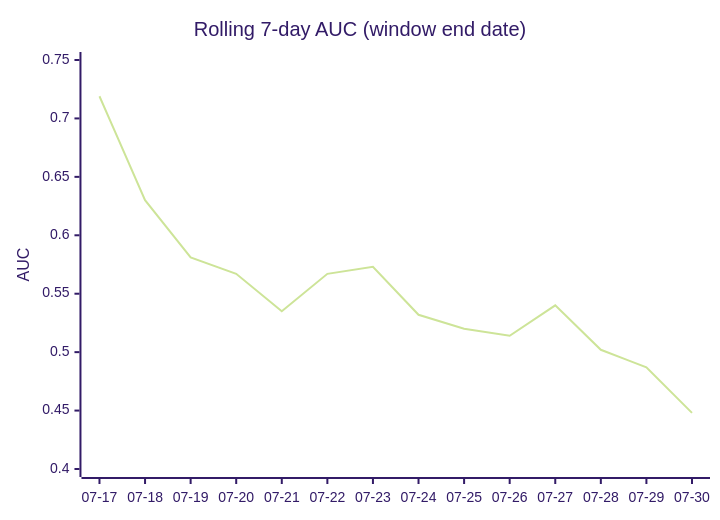
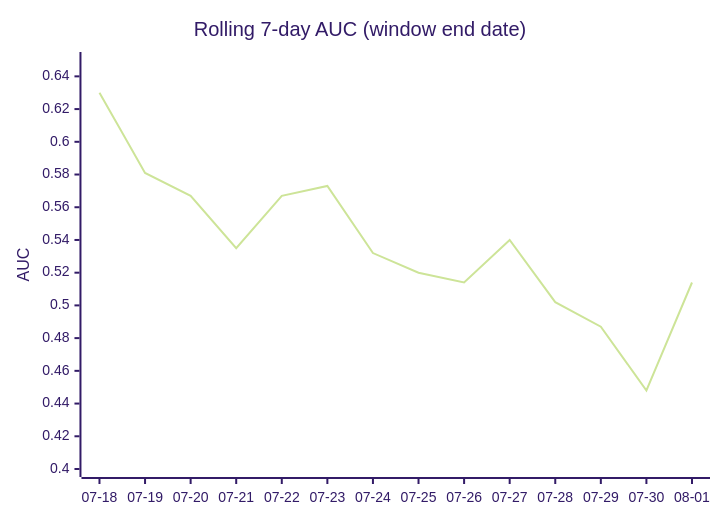
One commit to dpk1212/nhl-savant changed the third of 4 diagrams in DAILY_AGSU_REPORT.md. Above: the diagram before and after it, drawn with Mermaid (forest theme). The commit also changed other lines of this file, not shown here.

````diff
--- a/DAILY_AGSU_REPORT.md
+++ b/DAILY_AGSU_REPORT.md
@@ -686,7 +720,7 @@
 ```mermaid
 xychart-beta
     title "Rolling 7-day AUC (window end date)"
-    x-axis ["07-17", "07-18", "07-19", "07-20", "07-21", "07-22", "07-23", "07-24", "07-25", "07-26", "07-27", "07-28", "07-29", "07-30"]
-    y-axis "AUC" 0.4 --> 0.75
-    line [0.719, 0.63, 0.581, 0.567, 0.535, 0.567, 0.573, 0.532, 0.52, 0.514, 0.54, 0.502, 0.487, 0.448]
+    x-axis ["07-18", "07-19", "07-20", "07-21", "07-22", "07-23", "07-24", "07-25", "07-26", "07-27", "07-28", "07-29", "07-30", "08-01"]
+    y-axis "AUC" 0.4 --> 0.65
+    line [0.63, 0.581, 0.567, 0.535, 0.567, 0.573, 0.532, 0.52, 0.514, 0.54, 0.502, 0.487, 0.448, 0.514]
 ```
````
